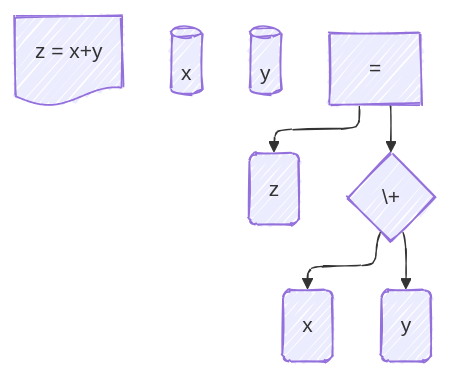
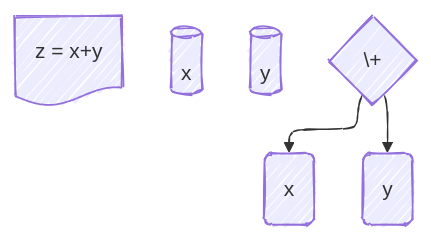
Before and after one commit to somogyibalint/dymex: the diagram in mermaid/mermaid_graph2.mmd, drawn with Mermaid. The commit also changed 5 other files, not shown here.

```diff
--- a/mermaid/mermaid_graph2.mmd
+++ b/mermaid/mermaid_graph2.mmd
@@ -1,19 +1,15 @@
 ---
 config:
   layout: elk
   look: handDrawn
   theme: light
 ---
 flowchart TB
   expr@{ shape: doc, label: "z = x+y" }
   var0@{ shape: cyl, label: "x" }
   var1@{ shape: cyl, label: "y" }
-  S0[" = "]
-  S1( z )
-  S2{" \+ "}
-  S3( x )
-  S4( y )
+  S0{" \+ "}
+  S1( x )
+  S2( y )
   S0-->S1
-  S2-->S3
-  S2-->S4
   S0-->S2
```
